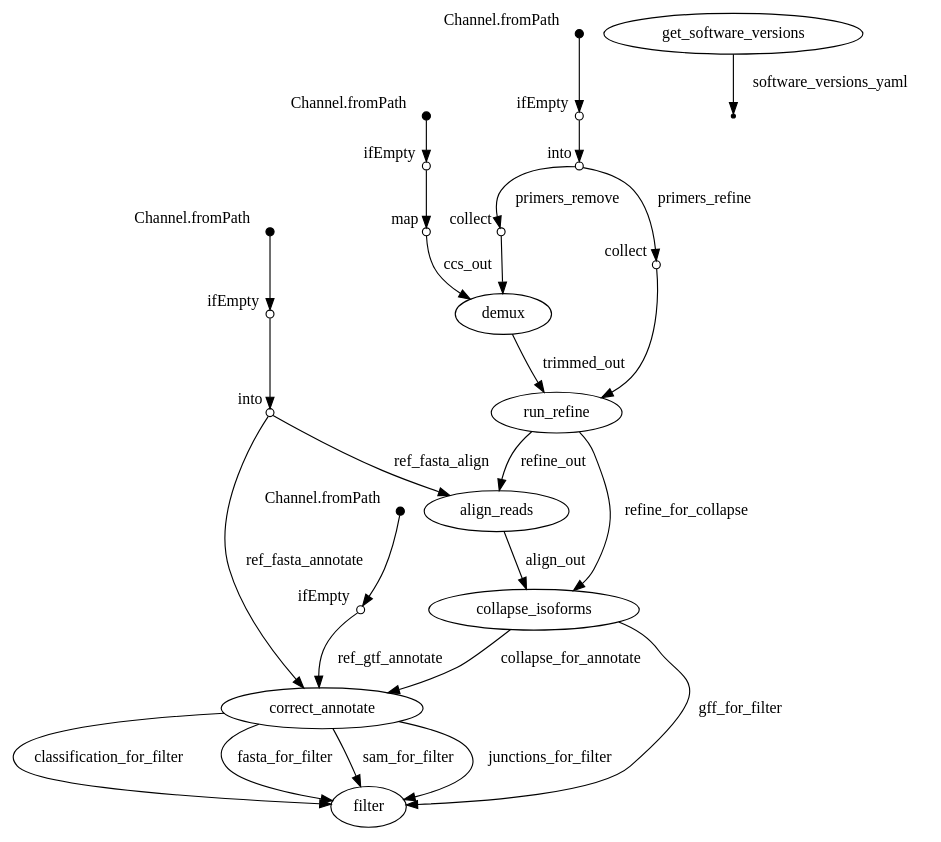
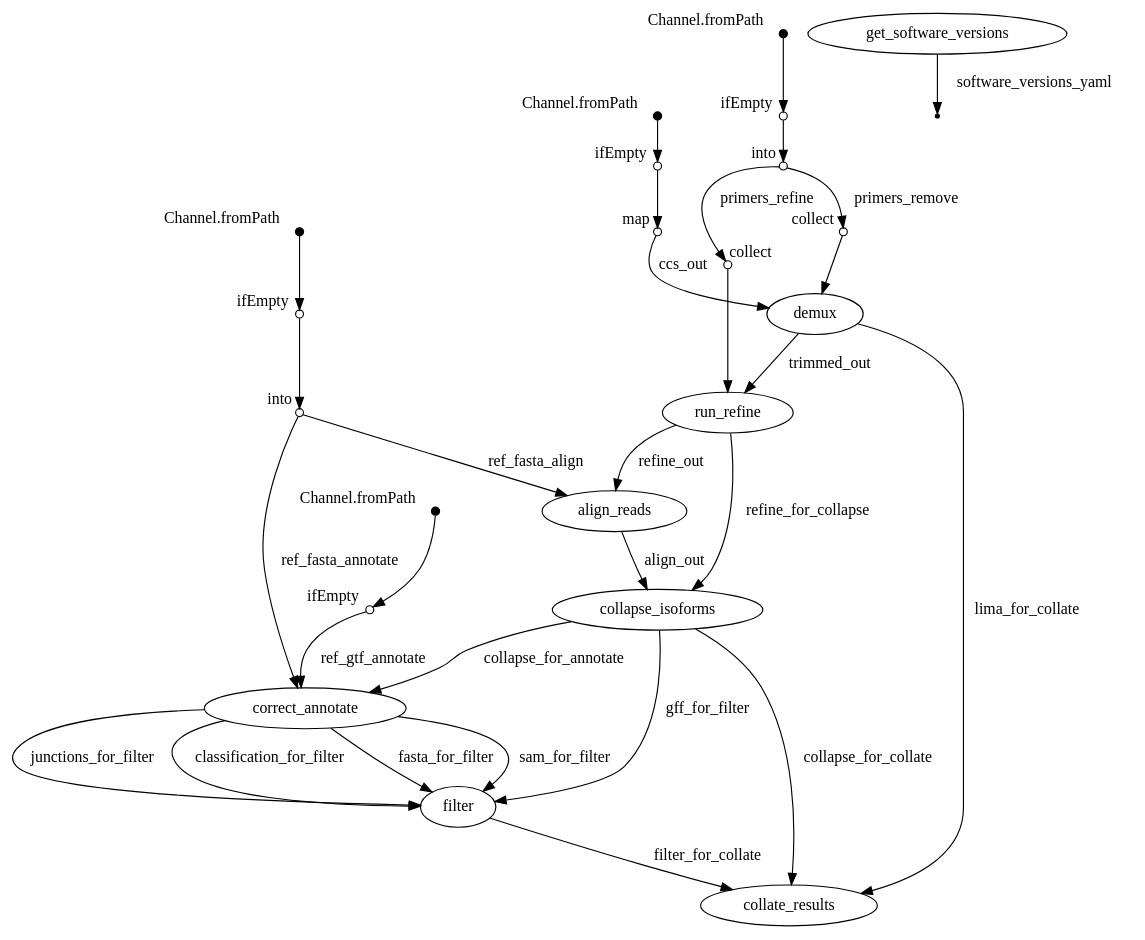
Before and after one commit to gmstanle/nf-core-scisoseq: the diagram in pipeline_dag.dot, drawn with Graphviz. The commit also changed 32 other files, not shown here.

Commit message:
increased memory to get collate_results to run on full dataset

```diff
--- a/pipeline_dag.dot
+++ b/pipeline_dag.dot
@@ -1,106 +1,118 @@
 digraph "pipeline_dag" {
 p0 [shape=point,label="",fixedsize=true,width=0.1,xlabel="Channel.fromPath"];
 p1 [shape=circle,label="",fixedsize=true,width=0.1,xlabel="ifEmpty"];
 p0 -> p1;
 
 p1 [shape=circle,label="",fixedsize=true,width=0.1,xlabel="ifEmpty"];
 p2 [shape=circle,label="",fixedsize=true,width=0.1,xlabel="map"];
 p1 -> p2;
 
 p2 [shape=circle,label="",fixedsize=true,width=0.1,xlabel="map"];
 p14 [label="demux"];
 p2 -> p14 [label="ccs_out"];
 
 p3 [shape=point,label="",fixedsize=true,width=0.1,xlabel="Channel.fromPath"];
 p4 [shape=circle,label="",fixedsize=true,width=0.1,xlabel="ifEmpty"];
 p3 -> p4;
 
 p4 [shape=circle,label="",fixedsize=true,width=0.1,xlabel="ifEmpty"];
 p5 [shape=circle,label="",fixedsize=true,width=0.1,xlabel="into"];
 p4 -> p5;
 
 p5 [shape=circle,label="",fixedsize=true,width=0.1,xlabel="into"];
+p15 [shape=circle,label="",fixedsize=true,width=0.1,xlabel="collect"];
+p5 -> p15 [label="primers_refine"];
+
+p5 [shape=circle,label="",fixedsize=true,width=0.1,xlabel="into"];
 p13 [shape=circle,label="",fixedsize=true,width=0.1,xlabel="collect"];
 p5 -> p13 [label="primers_remove"];
-
-p5 [shape=circle,label="",fixedsize=true,width=0.1,xlabel="into"];
-p15 [shape=circle,label="",fixedsize=true,width=0.1,xlabel="collect"];
-p5 -> p15 [label="primers_refine"];
 
 p6 [shape=point,label="",fixedsize=true,width=0.1,xlabel="Channel.fromPath"];
 p7 [shape=circle,label="",fixedsize=true,width=0.1,xlabel="ifEmpty"];
 p6 -> p7;
 
 p7 [shape=circle,label="",fixedsize=true,width=0.1,xlabel="ifEmpty"];
 p8 [shape=circle,label="",fixedsize=true,width=0.1,xlabel="into"];
 p7 -> p8;
 
 p8 [shape=circle,label="",fixedsize=true,width=0.1,xlabel="into"];
+p17 [label="align_reads"];
+p8 -> p17 [label="ref_fasta_align"];
+
+p8 [shape=circle,label="",fixedsize=true,width=0.1,xlabel="into"];
 p19 [label="correct_annotate"];
 p8 -> p19 [label="ref_fasta_annotate"];
-
-p8 [shape=circle,label="",fixedsize=true,width=0.1,xlabel="into"];
-p17 [label="align_reads"];
-p8 -> p17 [label="ref_fasta_align"];
 
 p9 [shape=point,label="",fixedsize=true,width=0.1,xlabel="Channel.fromPath"];
 p10 [shape=circle,label="",fixedsize=true,width=0.1,xlabel="ifEmpty"];
 p9 -> p10;
 
 p10 [shape=circle,label="",fixedsize=true,width=0.1,xlabel="ifEmpty"];
 p19 [label="correct_annotate"];
 p10 -> p19 [label="ref_gtf_annotate"];
 
 p11 [label="get_software_versions"];
 p12 [shape=point];
 p11 -> p12 [label="software_versions_yaml"];
 
 p13 [shape=circle,label="",fixedsize=true,width=0.1,xlabel="collect"];
 p14 [label="demux"];
 p13 -> p14;
 
 p14 [label="demux"];
 p16 [label="run_refine"];
 p14 -> p16 [label="trimmed_out"];
+
+p14 [label="demux"];
+p21 [label="collate_results"];
+p14 -> p21 [label="lima_for_collate"];
 
 p15 [shape=circle,label="",fixedsize=true,width=0.1,xlabel="collect"];
 p16 [label="run_refine"];
 p15 -> p16;
 
 p16 [label="run_refine"];
 p17 [label="align_reads"];
 p16 -> p17 [label="refine_out"];
 
 p16 [label="run_refine"];
 p18 [label="collapse_isoforms"];
 p16 -> p18 [label="refine_for_collapse"];
 
 p17 [label="align_reads"];
 p18 [label="collapse_isoforms"];
 p17 -> p18 [label="align_out"];
 
 p18 [label="collapse_isoforms"];
 p19 [label="correct_annotate"];
 p18 -> p19 [label="collapse_for_annotate"];
 
 p18 [label="collapse_isoforms"];
 p20 [label="filter"];
 p18 -> p20 [label="gff_for_filter"];
 
+p18 [label="collapse_isoforms"];
+p21 [label="collate_results"];
+p18 -> p21 [label="collapse_for_collate"];
+
 p19 [label="correct_annotate"];
 p20 [label="filter"];
 p19 -> p20 [label="classification_for_filter"];
 
 p19 [label="correct_annotate"];
 p20 [label="filter"];
 p19 -> p20 [label="fasta_for_filter"];
 
 p19 [label="correct_annotate"];
 p20 [label="filter"];
 p19 -> p20 [label="sam_for_filter"];
 
 p19 [label="correct_annotate"];
 p20 [label="filter"];
 p19 -> p20 [label="junctions_for_filter"];
 
+p20 [label="filter"];
+p21 [label="collate_results"];
+p20 -> p21 [label="filter_for_collate"];
+
 }
```
